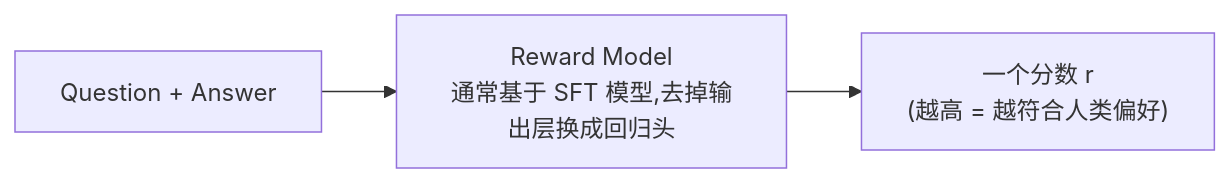
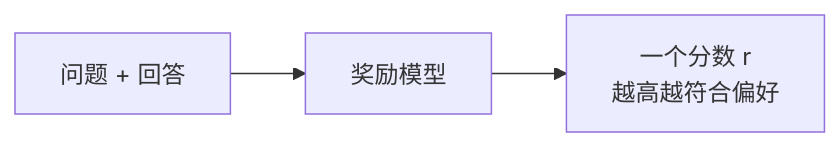
The first of 3 diagrams in 2. Alignment 与训练工程/5. 偏好学习（Preference Learning）——人类偏好的建模与优化.md (AI-learning-simple/Build-Your-Own-LLM), drawn with Mermaid before and after one commit. The commit also changed other lines of this file and 65 other files, not shown here.

````diff
--- a/2. Alignment 与训练工程/5. 偏好学习（Preference Learning）——人类偏好的建模与优化.md
+++ b/2. Alignment 与训练工程/5. 偏好学习（Preference Learning）——人类偏好的建模与优化.md
@@ -48,4 +68,4 @@
 ```mermaid
 flowchart LR
-    A[Question + Answer] --> B[Reward Model<br/>通常基于 SFT 模型,去掉输出层换成回归头] --> C["一个分数 r<br/>(越高 = 越符合人类偏好)"]
+    A[问题 + 回答] --> B[奖励模型] --> C["一个分数 r<br/>越高越符合偏好"]
 ```
````
